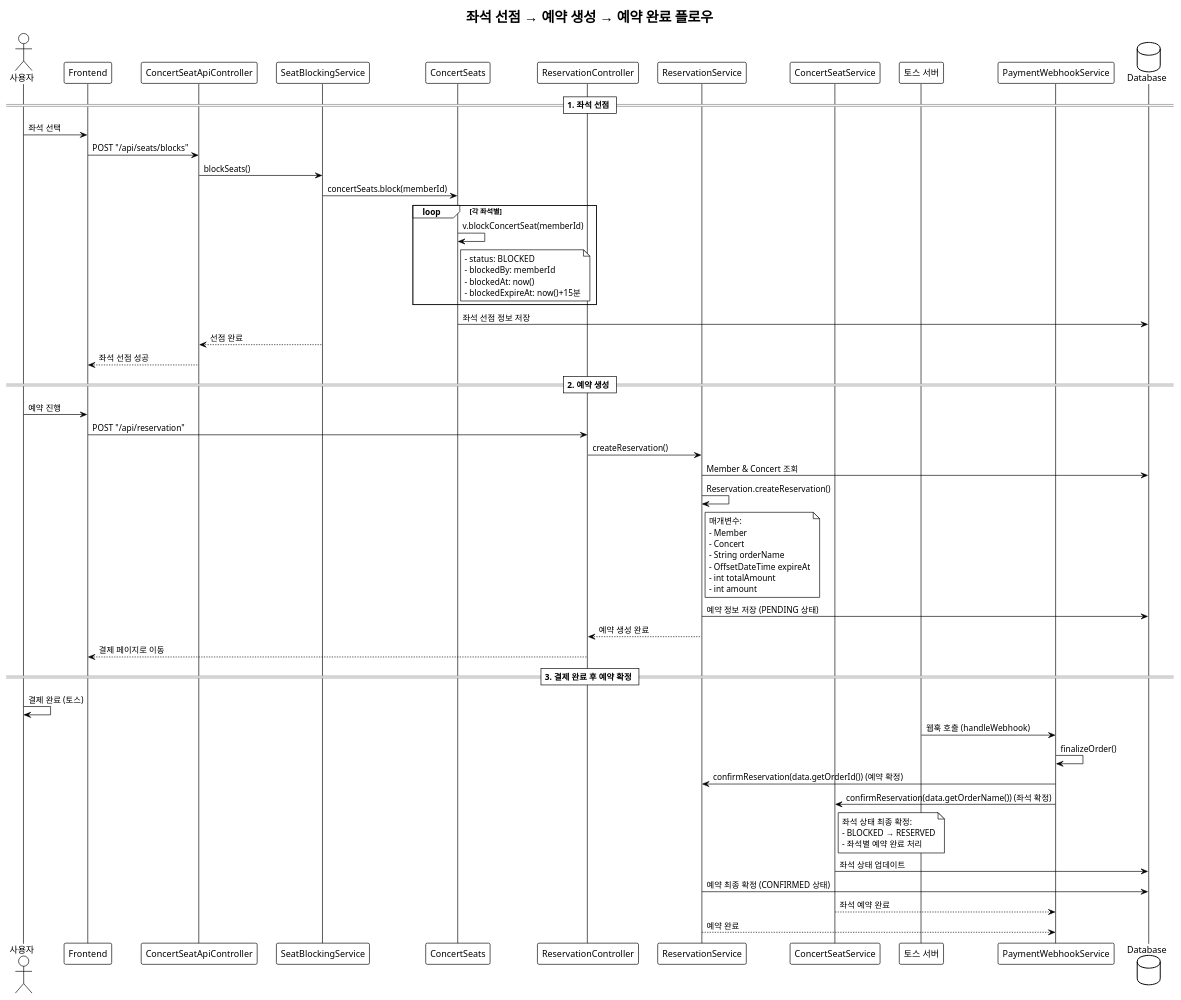
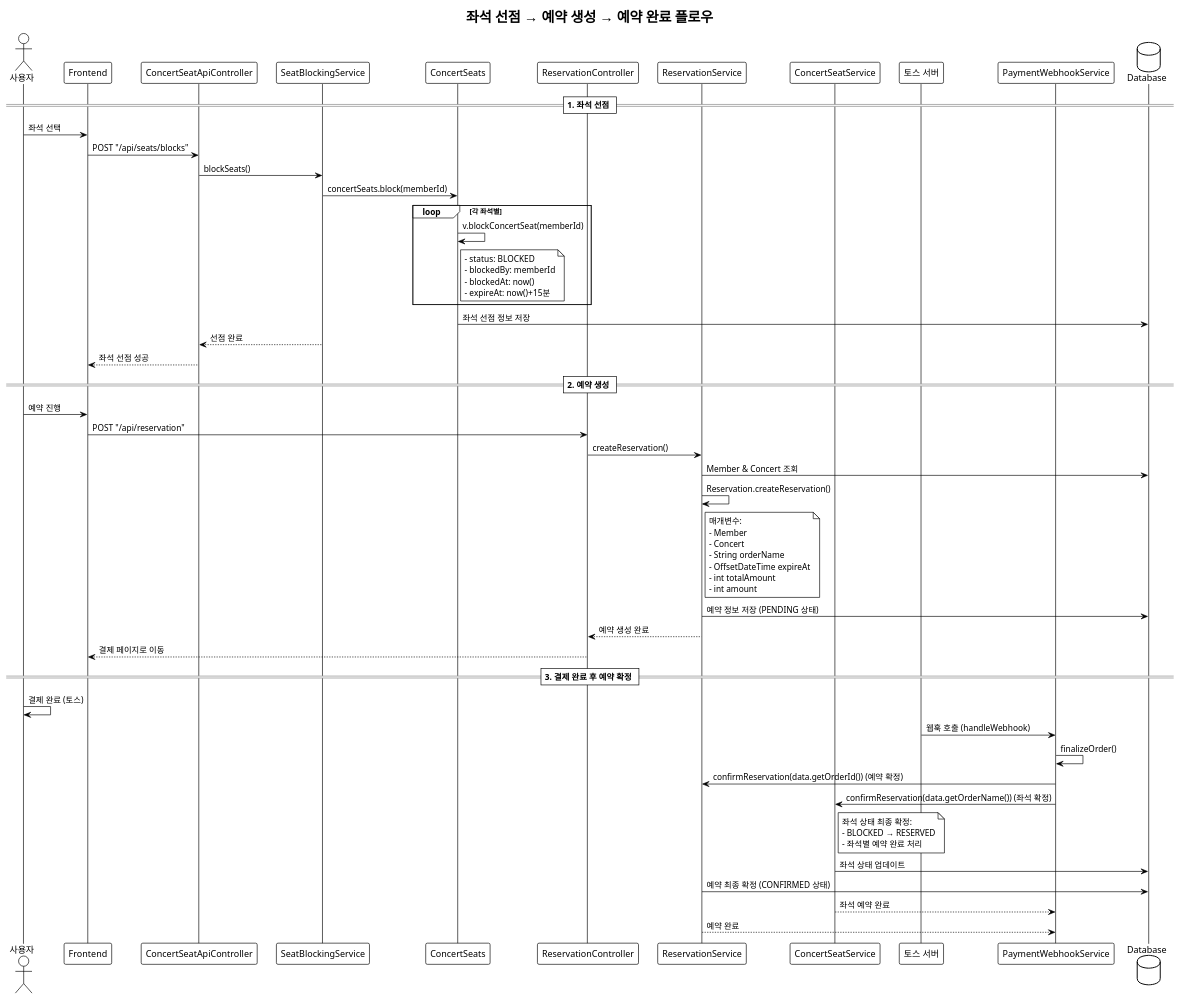
One commit to jerry-1211/concert-ticketing changed the diagram in docs/sequenceDiagram/code/좌석_선점_및_예약_전체_플로우.puml. Above: the diagram before and after it, drawn with PlantUML. The commit also changed 2 other files, not shown here.

```diff
--- a/docs/sequenceDiagram/code/좌석_선점_및_예약_전체_플로우.puml
+++ b/docs/sequenceDiagram/code/좌석_선점_및_예약_전체_플로우.puml
@@ -1,78 +1,78 @@
 @startuml 좌석_선점_및_예약_전체_플로우
 !theme plain
 
 actor 사용자 as User
 participant Frontend
 participant ConcertSeatApiController as SeatAPI
 participant SeatBlockingService as SeatService
 participant ConcertSeats as SeatsEntity
 participant ReservationController as ReservationAPI
 participant ReservationService
 participant ConcertSeatService
 participant "토스 서버" as TossServer
 participant PaymentWebhookService as WebhookService
 database Database as DB
 
 title 좌석 선점 → 예약 생성 → 예약 완료 플로우
 
 == 1. 좌석 선점 ==
 User -> Frontend: 좌석 선택
 Frontend -> SeatAPI: POST "/api/seats/blocks"
 SeatAPI -> SeatService: blockSeats()
 SeatService -> SeatsEntity: concertSeats.block(memberId)
 
 loop 각 좌석별
     SeatsEntity -> SeatsEntity: v.blockConcertSeat(memberId)
     note right of SeatsEntity
       - status: BLOCKED
       - blockedBy: memberId
       - blockedAt: now()
-      - blockedExpireAt: now()+15분
+      - expireAt: now()+15분
     end note
 end
 
 SeatsEntity -> DB: 좌석 선점 정보 저장
 SeatService --> SeatAPI: 선점 완료
 SeatAPI --> Frontend: 좌석 선점 성공
 
 == 2. 예약 생성 ==
 User -> Frontend: 예약 진행
 Frontend -> ReservationAPI: POST "/api/reservation"
 ReservationAPI -> ReservationService: createReservation()
 ReservationService -> DB: Member & Concert 조회
 ReservationService -> ReservationService: Reservation.createReservation()
 note right of ReservationService
   매개변수:
   - Member
   - Concert
   - String orderName
   - OffsetDateTime expireAt
   - int totalAmount
   - int amount
 end note
 ReservationService -> DB: 예약 정보 저장 (PENDING 상태)
 ReservationService --> ReservationAPI: 예약 생성 완료
 ReservationAPI --> Frontend: 결제 페이지로 이동
 
 == 3. 결제 완료 후 예약 확정 ==
 User -> User: 결제 완료 (토스)
 TossServer -> WebhookService: 웹훅 호출 (handleWebhook)
 WebhookService -> WebhookService: finalizeOrder()
 WebhookService -> ReservationService: confirmReservation(data.getOrderId()) (예약 확정)
 WebhookService -> ConcertSeatService: confirmReservation(data.getOrderName()) (좌석 확정)
 
 note right of ConcertSeatService
   좌석 상태 최종 확정:
   - BLOCKED → RESERVED
   - 좌석별 예약 완료 처리
 end note
 
 ConcertSeatService -> DB: 좌석 상태 업데이트
 ReservationService -> DB: 예약 최종 확정 (CONFIRMED 상태)
 
 ConcertSeatService --> WebhookService: 좌석 예약 완료
 ReservationService --> WebhookService: 예약 완료
 
 
 
 @enduml
```
